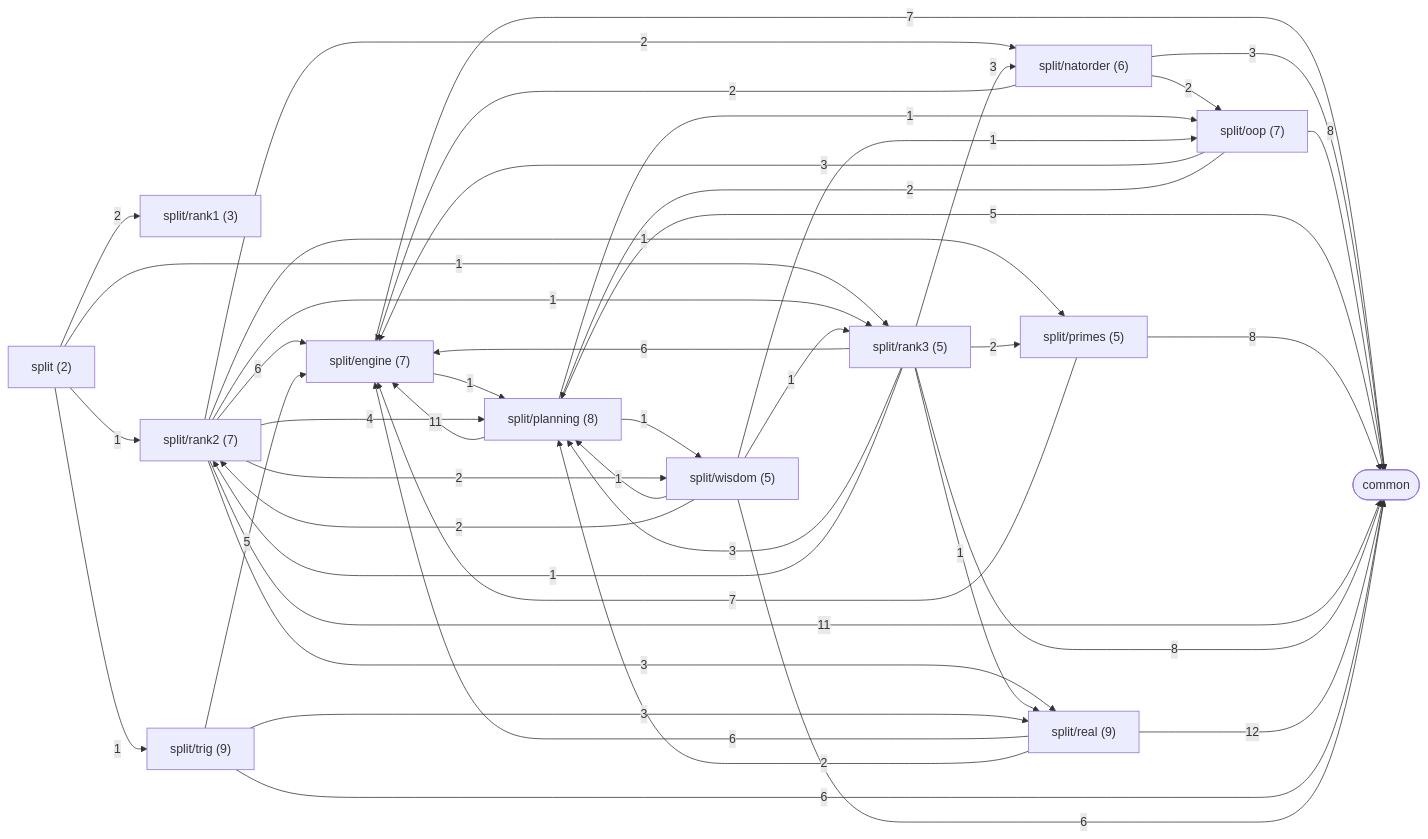
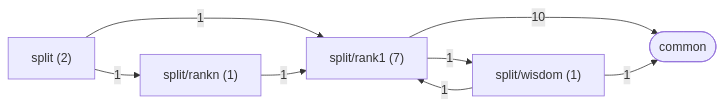
One commit to Tugbars/VectorFFT changed the first of 4 diagrams in docs/architecture/generated/folders.md. Above: the diagram before and after it, drawn with Mermaid. The commit also changed other lines of this file and 98 other files, not shown here.

Commit message:
regenerated architecture drawings

````diff
--- a/docs/architecture/generated/folders.md
+++ b/docs/architecture/generated/folders.md
@@ -12,60 +12,15 @@
 ```mermaid
 flowchart LR
     n_split["split (2)"]
-    n_split_engine["split/engine (7)"]
-    n_split_natorder["split/natorder (6)"]
-    n_split_oop["split/oop (7)"]
-    n_split_planning["split/planning (8)"]
-    n_split_primes["split/primes (5)"]
-    n_split_rank1["split/rank1 (3)"]
-    n_split_rank2["split/rank2 (7)"]
-    n_split_rank3["split/rank3 (5)"]
-    n_split_real["split/real (9)"]
-    n_split_trig["split/trig (9)"]
-    n_split_wisdom["split/wisdom (5)"]
+    n_split_rank1["split/rank1 (7)"]
+    n_split_rankn["split/rankn (1)"]
+    n_split_wisdom["split/wisdom (1)"]
     n_zone_common(["common"])
-    n_split -->|2| n_split_rank1
-    n_split -->|1| n_split_rank2
-    n_split -->|1| n_split_rank3
-    n_split -->|1| n_split_trig
-    n_split_engine -->|1| n_split_planning
-    n_split_natorder -->|2| n_split_engine
-    n_split_natorder -->|2| n_split_oop
-    n_split_oop -->|3| n_split_engine
-    n_split_oop -->|2| n_split_planning
-    n_split_planning -->|11| n_split_engine
-    n_split_planning -->|1| n_split_oop
-    n_split_planning -->|1| n_split_wisdom
-    n_split_primes -->|7| n_split_engine
-    n_split_rank2 -->|6| n_split_engine
-    n_split_rank2 -->|2| n_split_natorder
-    n_split_rank2 -->|4| n_split_planning
-    n_split_rank2 -->|1| n_split_primes
-    n_split_rank2 -->|1| n_split_rank3
-    n_split_rank2 -->|3| n_split_real
-    n_split_rank2 -->|2| n_split_wisdom
-    n_split_rank3 -->|6| n_split_engine
-    n_split_rank3 -->|3| n_split_natorder
-    n_split_rank3 -->|3| n_split_planning
-    n_split_rank3 -->|2| n_split_primes
-    n_split_rank3 -->|1| n_split_rank2
-    n_split_rank3 -->|1| n_split_real
-    n_split_real -->|6| n_split_engine
-    n_split_real -->|2| n_split_planning
-    n_split_trig -->|5| n_split_engine
-    n_split_trig -->|3| n_split_real
-    n_split_wisdom -->|1| n_split_oop
-    n_split_wisdom -->|1| n_split_planning
-    n_split_wisdom -->|2| n_split_rank2
-    n_split_wisdom -->|1| n_split_rank3
-    n_split_engine -->|7| n_zone_common
-    n_split_natorder -->|3| n_zone_common
-    n_split_oop -->|8| n_zone_common
-    n_split_planning -->|5| n_zone_common
-    n_split_primes -->|8| n_zone_common
-    n_split_rank2 -->|11| n_zone_common
-    n_split_rank3 -->|8| n_zone_common
-    n_split_real -->|12| n_zone_common
-    n_split_trig -->|6| n_zone_common
-    n_split_wisdom -->|6| n_zone_common
+    n_split -->|1| n_split_rank1
+    n_split -->|1| n_split_rankn
+    n_split_rank1 -->|1| n_split_wisdom
+    n_split_rankn -->|1| n_split_rank1
+    n_split_wisdom -->|1| n_split_rank1
+    n_split_rank1 -->|10| n_zone_common
+    n_split_wisdom -->|1| n_zone_common
 ```
````
